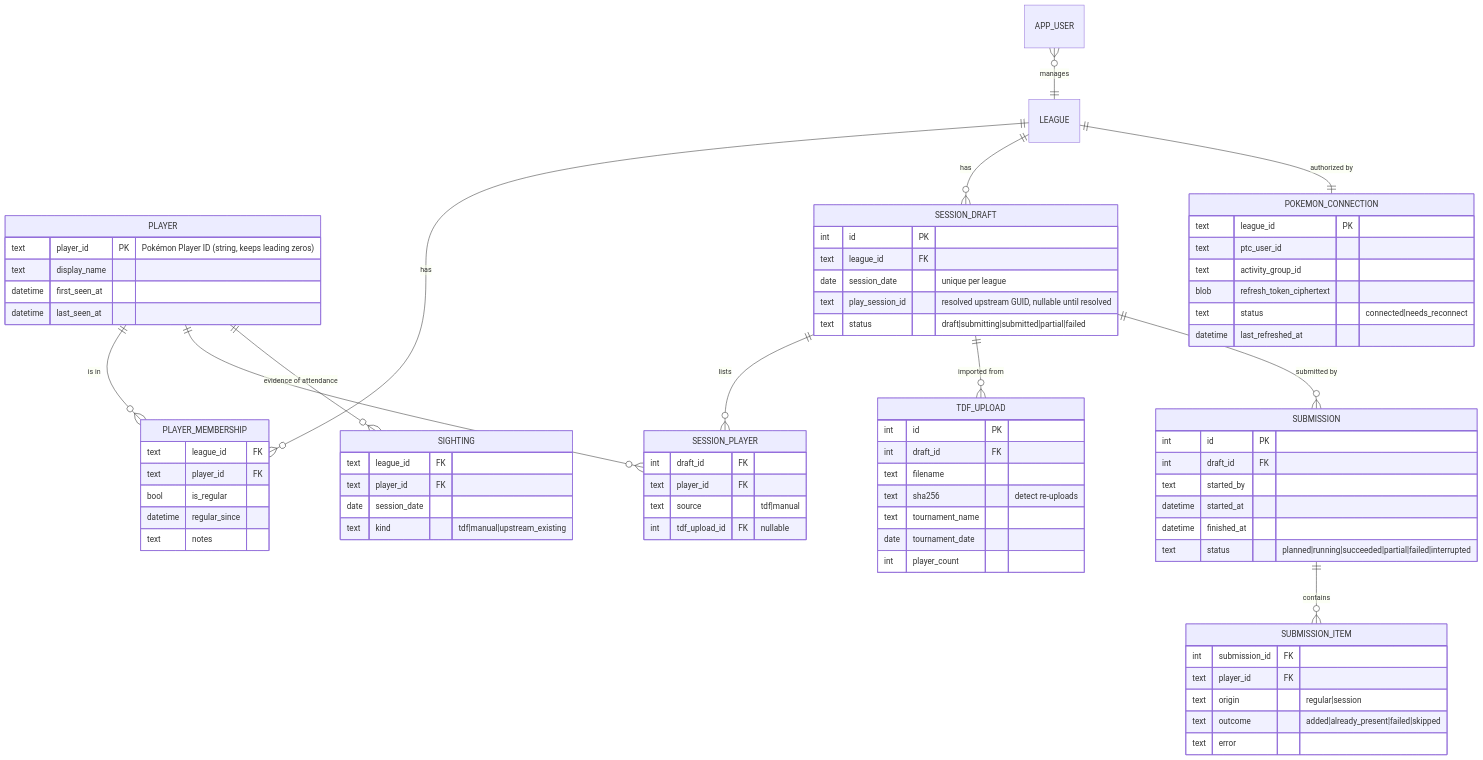
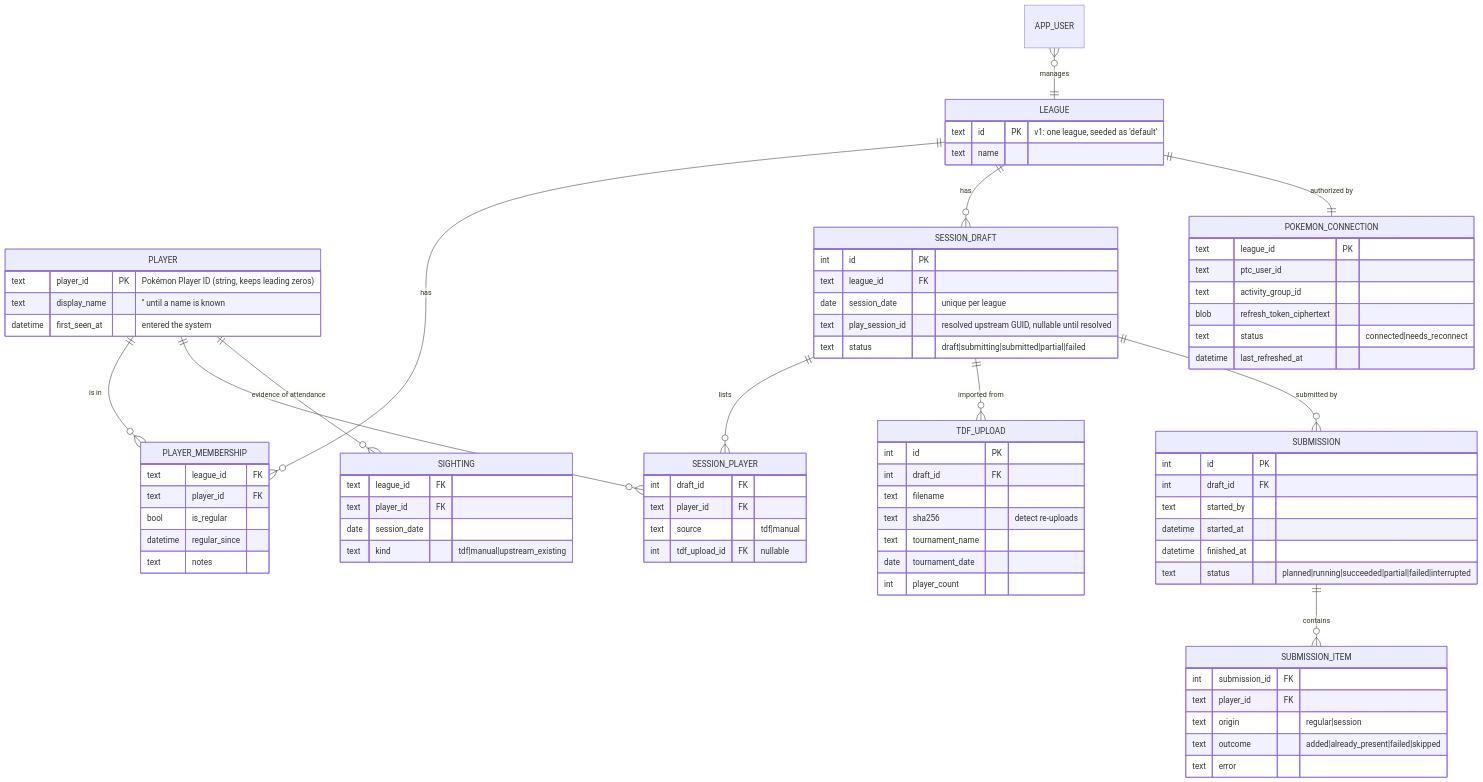
One commit to Towerism/play-pokemon-attendance-web changed the third of 5 diagrams in docs/architecture/README.md. Above: the diagram before and after it, drawn with Mermaid. The commit also changed other lines of this file and 12 other files, not shown here.

````diff
--- a/docs/architecture/README.md
+++ b/docs/architecture/README.md
@@ -276,79 +276,82 @@
 ```mermaid
 erDiagram
   LEAGUE ||--o{ PLAYER_MEMBERSHIP : has
   PLAYER ||--o{ PLAYER_MEMBERSHIP : "is in"
   LEAGUE ||--o{ SESSION_DRAFT : has
   SESSION_DRAFT ||--o{ SESSION_PLAYER : lists
   PLAYER ||--o{ SESSION_PLAYER : ""
   SESSION_DRAFT ||--o{ TDF_UPLOAD : "imported from"
   SESSION_DRAFT ||--o{ SUBMISSION : "submitted by"
   SUBMISSION ||--o{ SUBMISSION_ITEM : contains
   PLAYER ||--o{ SIGHTING : "evidence of attendance"
   LEAGUE ||--|| POKEMON_CONNECTION : "authorized by"
   APP_USER }o--|| LEAGUE : manages
 
+  LEAGUE {
+    text id PK "v1: one league, seeded as 'default'"
+    text name
+  }
   PLAYER {
     text player_id PK "Pokémon Player ID (string, keeps leading zeros)"
-    text display_name
-    datetime first_seen_at
-    datetime last_seen_at
+    text display_name "'' until a name is known"
+    datetime first_seen_at "entered the system"
   }
   PLAYER_MEMBERSHIP {
     text league_id FK
     text player_id FK
     bool is_regular
     datetime regular_since
     text notes
   }
   SESSION_DRAFT {
     int id PK
     text league_id FK
     date session_date "unique per league"
     text play_session_id "resolved upstream GUID, nullable until resolved"
     text status "draft|submitting|submitted|partial|failed"
   }
   SESSION_PLAYER {
     int draft_id FK
     text player_id FK
     text source "tdf|manual"
     int tdf_upload_id FK "nullable"
   }
   TDF_UPLOAD {
     int id PK
     int draft_id FK
     text filename
     text sha256 "detect re-uploads"
     text tournament_name
     date tournament_date
     int player_count
   }
   SUBMISSION {
     int id PK
     int draft_id FK
     text started_by
     datetime started_at
     datetime finished_at
     text status "planned|running|succeeded|partial|failed|interrupted"
   }
   SUBMISSION_ITEM {
     int submission_id FK
     text player_id FK
     text origin "regular|session"
     text outcome "added|already_present|failed|skipped"
     text error
   }
   SIGHTING {
     text league_id FK
     text player_id FK
     date session_date
     text kind "tdf|manual|upstream_existing"
   }
   POKEMON_CONNECTION {
     text league_id PK
     text ptc_user_id
     text activity_group_id
     blob refresh_token_ciphertext
     text status "connected|needs_reconnect"
     datetime last_refreshed_at
   }
 ```
````
